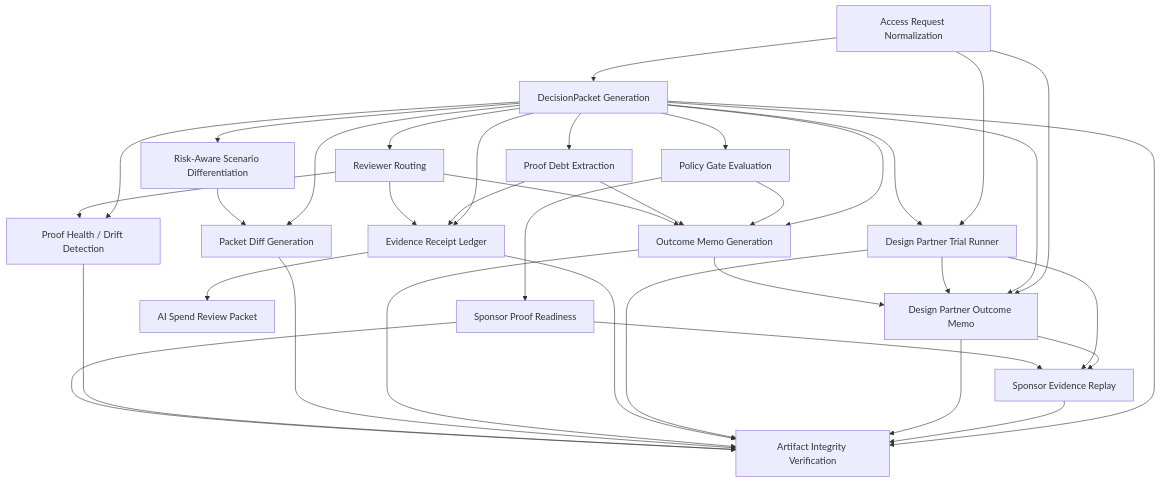
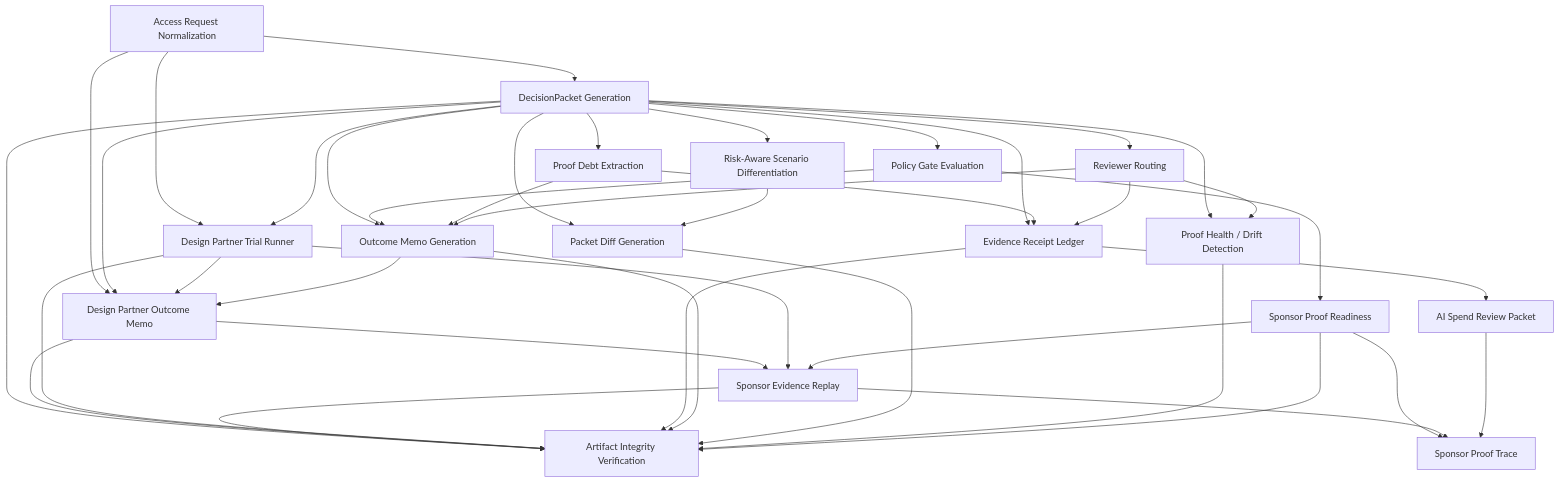
One commit to jayeshsuyal/inferenceatlas-agent-demo changed the diagram in docs/AGENT_SKILLS.md. Above: the diagram before and after it, drawn with Mermaid. The commit also changed other lines of this file and 22 other files, not shown here.

Commit message:
feat: add sponsor proof trace

````diff
--- a/docs/AGENT_SKILLS.md
+++ b/docs/AGENT_SKILLS.md
@@ -72,55 +73,59 @@
 ```mermaid
 graph TD
     access_request_normalization["Access Request Normalization"]
     decision_packet_generation["DecisionPacket Generation"]
     policy_gate_evaluation["Policy Gate Evaluation"]
     proof_debt_extraction["Proof Debt Extraction"]
     reviewer_routing["Reviewer Routing"]
     risk_aware_scenario_differentiation["Risk-Aware Scenario Differentiation"]
     design_partner_evidence_replay["Sponsor Evidence Replay"]
     design_partner_outcome_memo["Design Partner Outcome Memo"]
     design_partner_trial_runner["Design Partner Trial Runner"]
     outcome_memo_generation["Outcome Memo Generation"]
     packet_diff_generation["Packet Diff Generation"]
     artifact_integrity_verification["Artifact Integrity Verification"]
     evidence_receipt_ledger["Evidence Receipt Ledger"]
     proof_health_drift_detection["Proof Health / Drift Detection"]
     ai_spend_review_packet["AI Spend Review Packet"]
     sponsor_proof_readiness["Sponsor Proof Readiness"]
+    sponsor_proof_trace["Sponsor Proof Trace"]
     access_request_normalization --> decision_packet_generation
     decision_packet_generation --> policy_gate_evaluation
     decision_packet_generation --> proof_debt_extraction
     decision_packet_generation --> reviewer_routing
     decision_packet_generation --> risk_aware_scenario_differentiation
     design_partner_outcome_memo --> design_partner_evidence_replay
     design_partner_trial_runner --> design_partner_evidence_replay
     sponsor_proof_readiness --> design_partner_evidence_replay
     access_request_normalization --> design_partner_outcome_memo
     decision_packet_generation --> design_partner_outcome_memo
     design_partner_trial_runner --> design_partner_outcome_memo
     outcome_memo_generation --> design_partner_outcome_memo
     access_request_normalization --> design_partner_trial_runner
     decision_packet_generation --> design_partner_trial_runner
     decision_packet_generation --> outcome_memo_generation
     policy_gate_evaluation --> outcome_memo_generation
     proof_debt_extraction --> outcome_memo_generation
     reviewer_routing --> outcome_memo_generation
     decision_packet_generation --> packet_diff_generation
     risk_aware_scenario_differentiation --> packet_diff_generation
     decision_packet_generation --> artifact_integrity_verification
     design_partner_evidence_replay --> artifact_integrity_verification
     design_partner_outcome_memo --> artifact_integrity_verification
     design_partner_trial_runner --> artifact_integrity_verification
     evidence_receipt_ledger --> artifact_integrity_verification
     outcome_memo_generation --> artifact_integrity_verification
     packet_diff_generation --> artifact_integrity_verification
     proof_health_drift_detection --> artifact_integrity_verification
     sponsor_proof_readiness --> artifact_integrity_verification
     decision_packet_generation --> evidence_receipt_ledger
     proof_debt_extraction --> evidence_receipt_ledger
     reviewer_routing --> evidence_receipt_ledger
     decision_packet_generation --> proof_health_drift_detection
     reviewer_routing --> proof_health_drift_detection
     evidence_receipt_ledger --> ai_spend_review_packet
     policy_gate_evaluation --> sponsor_proof_readiness
+    sponsor_proof_readiness --> sponsor_proof_trace
+    design_partner_evidence_replay --> sponsor_proof_trace
+    ai_spend_review_packet --> sponsor_proof_trace
 ```
````
